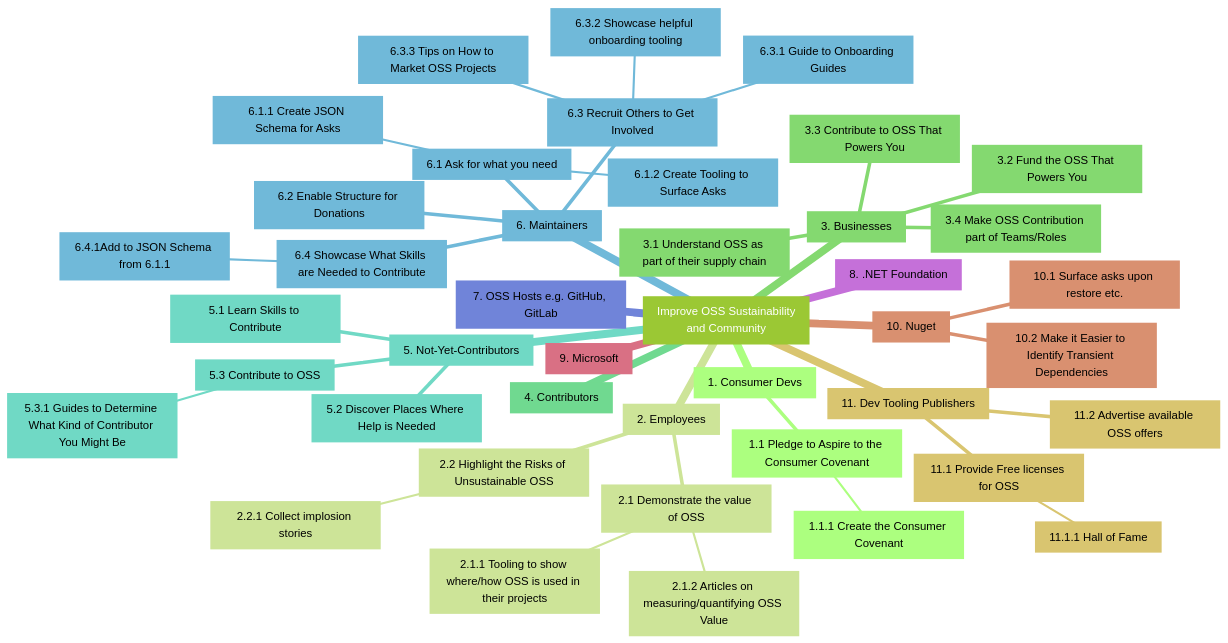
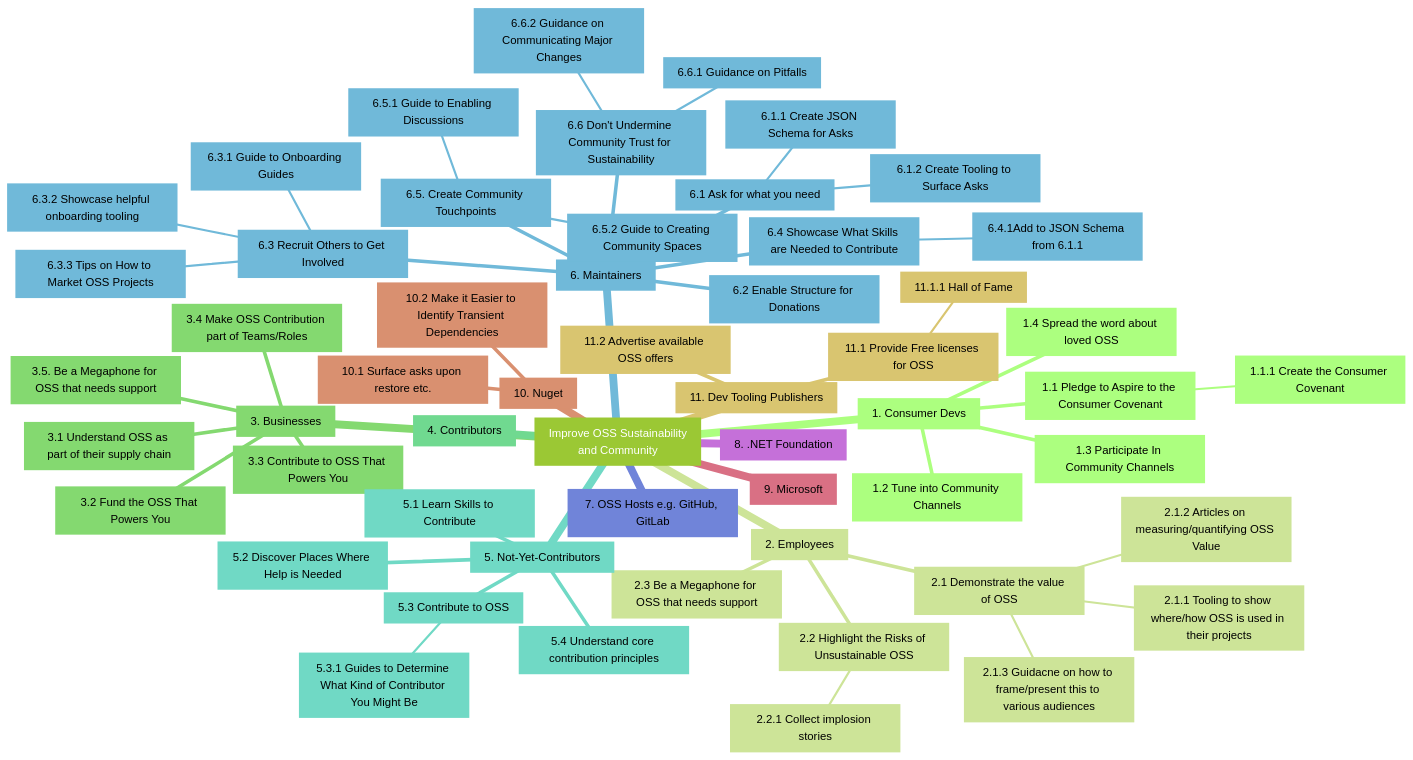
One commit to ossrich/home changed the diagram in ImpactMap.md. Above: the diagram before and after it, drawn with Mermaid (forest theme).

````diff
--- a/ImpactMap.md
+++ b/ImpactMap.md
@@ -20,45 +20,58 @@
 ```mermaid
 mindmap
   root[Improve OSS Sustainability<br/>and Community]
     1[1. Consumer Devs]
       1.1[1.1 Pledge to Aspire to the Consumer Covenant]
         1.1.1[1.1.1 Create the Consumer Covenant]
+      1.2[1.2 Tune into Community Channels]
+      1.3[1.3 Participate In Community Channels]
+      1.4[1.4 Spread the word about loved OSS]
     2[2. Employees]
       2.1[2.1 Demonstrate the value of OSS]
         2.1.1[2.1.1 Tooling to show where/how OSS is used in their projects]
         2.1.2[2.1.2 Articles on measuring/quantifying OSS Value]
+        2.1.3[2.1.3 Guidacne on how to frame/present this to various audiences]
       2.2[2.2 Highlight the Risks of Unsustainable OSS]
         2.2.1[2.2.1 Collect implosion stories]
+      2.3[2.3 Be a Megaphone for OSS that needs support]
     3[3. Businesses]
       3.1[3.1 Understand OSS as part of their supply chain]
       3.2[3.2 Fund the OSS That Powers You]
       3.3[3.3 Contribute to OSS That Powers You]
       3.4[3.4 Make OSS Contribution part of Teams/Roles]
+      3.5[3.5. Be a Megaphone for OSS that needs support]
     4[4. Contributors]
     5[5. Not-Yet-Contributors]
       5.1[5.1 Learn Skills to Contribute]
       5.2[5.2 Discover Places Where Help is Needed]
       5.3[5.3 Contribute to OSS]
         5.3.1[5.3.1 Guides to Determine What Kind of Contributor You Might Be]
+      5.4[5.4 Understand core contribution principles]
     6[6. Maintainers]
       6.1[6.1 Ask for what you need]
         6.1.1[6.1.1 Create JSON Schema for Asks]
         6.1.2[6.1.2 Create Tooling to Surface Asks]
       6.2[6.2 Enable Structure for Donations]
       6.3[6.3 Recruit Others to Get Involved]
         6.3.1[6.3.1 Guide to Onboarding Guides]
         6.3.2[6.3.2 Showcase helpful onboarding tooling]
         6.3.3[6.3.3 Tips on How to Market OSS Projects]
       6.4[6.4 Showcase What Skills are Needed to Contribute]
         6.4.1[6.4.1Add to JSON Schema from 6.1.1]
+      6.5[6.5. Create Community Touchpoints]
+        6.5.1[6.5.1 Guide to Enabling Discussions]
+        6.5.2[6.5.2 Guide to Creating Community Spaces]
+      6.6[6.6 Don't Undermine Community Trust for Sustainability]
+        6.6.1[6.6.1 Guidance on Pitfalls]
+        6.6.2[6.6.2 Guidance on Communicating Major Changes]
     7[7. OSS Hosts e.g. GitHub, GitLab]
     8[8. .NET Foundation]
     9[9. Microsoft]
     10[10. Nuget]
       10.1[10.1 Surface asks upon restore etc.]
       10.2[10.2 Make it Easier to Identify Transient Dependencies]
     11[11. Dev Tooling Publishers]
       11.1[11.1 Provide Free licenses for OSS]
         11.1.1[11.1.1 Hall of Fame]
       11.2[11.2 Advertise available OSS offers]
 ```
````
